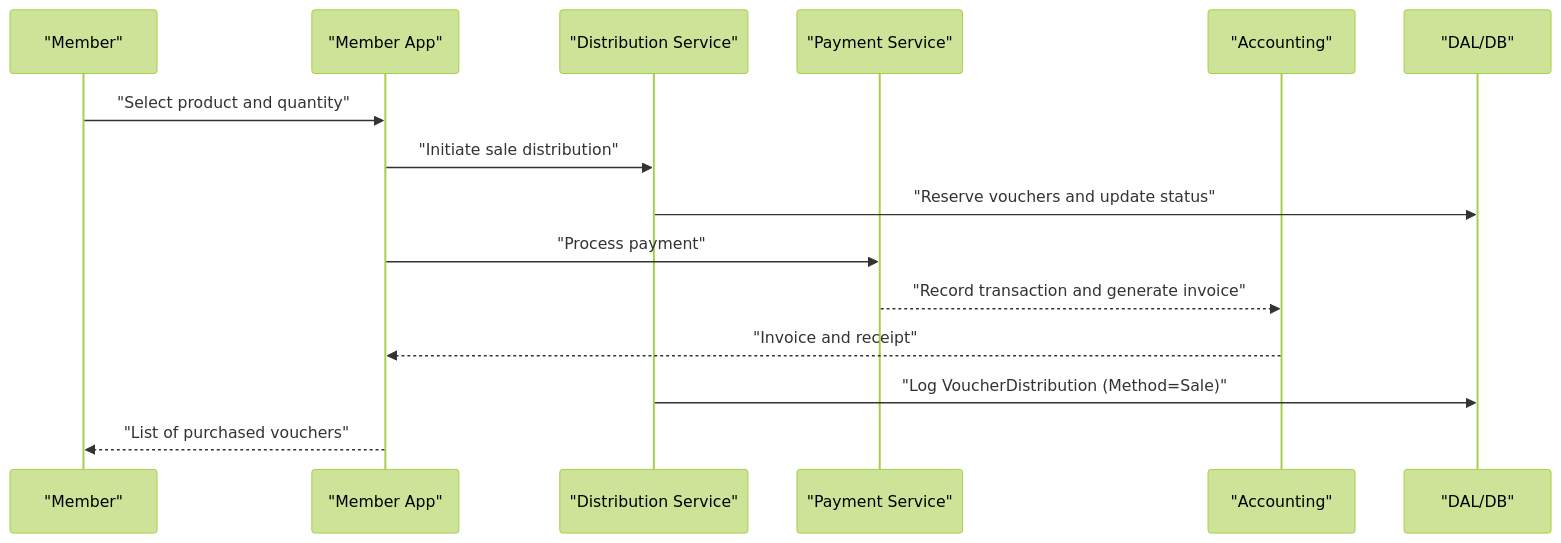
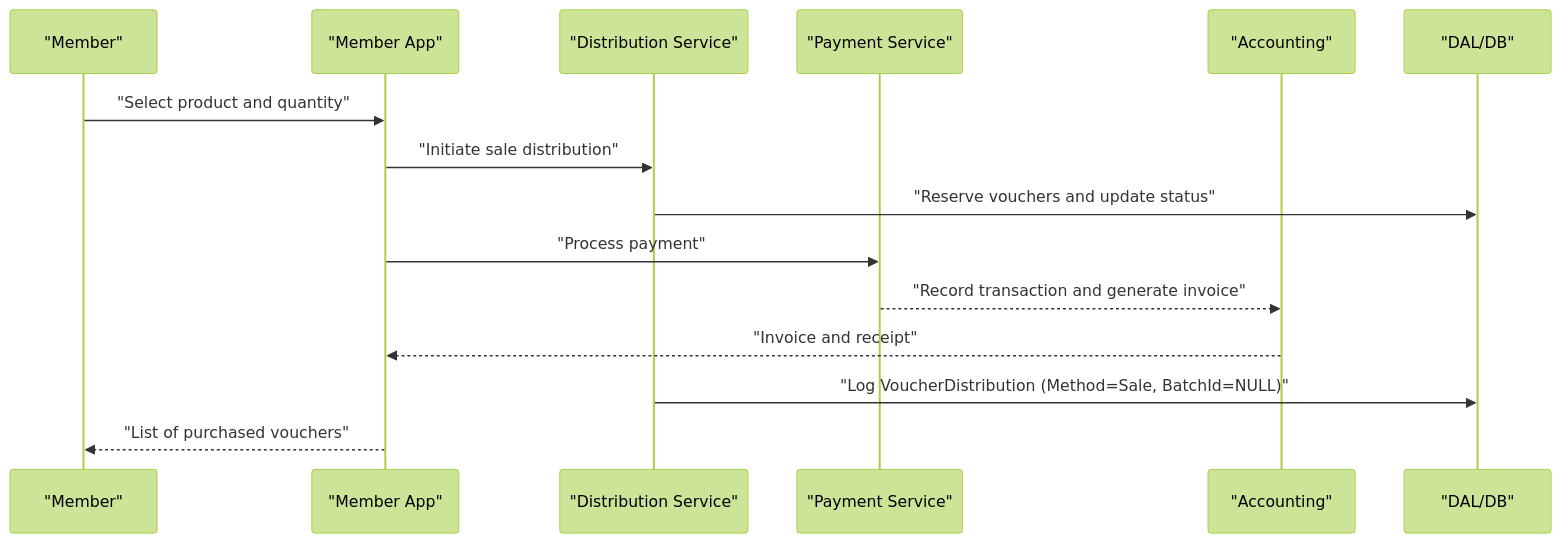
The third of 9 diagrams in .qoder/repowiki/en/content/Business Logic and Workflows/Multi-Channel Distribution System.md (lamhongbac/NonCash), drawn with Mermaid (forest theme) before and after one commit. The commit also changed other lines of this file and 111 other files, not shown here.

````diff
--- a/.qoder/repowiki/en/content/Business Logic and Workflows/Multi-Channel Distribution System.md
+++ b/.qoder/repowiki/en/content/Business Logic and Workflows/Multi-Channel Distribution System.md
@@ -133,17 +160,17 @@
 ```mermaid
 sequenceDiagram
 participant Member as "Member"
 participant App as "Member App"
 participant Dist as "Distribution Service"
 participant Pay as "Payment Service"
 participant Acc as "Accounting"
 participant DB as "DAL/DB"
 Member->>App : "Select product and quantity"
 App->>Dist : "Initiate sale distribution"
 Dist->>DB : "Reserve vouchers and update status"
 App->>Pay : "Process payment"
 Pay-->>Acc : "Record transaction and generate invoice"
 Acc-->>App : "Invoice and receipt"
-Dist->>DB : "Log VoucherDistribution (Method=Sale)"
+Dist->>DB : "Log VoucherDistribution (Method=Sale, BatchId=NULL)"
 App-->>Member : "List of purchased vouchers"
 ```
````
